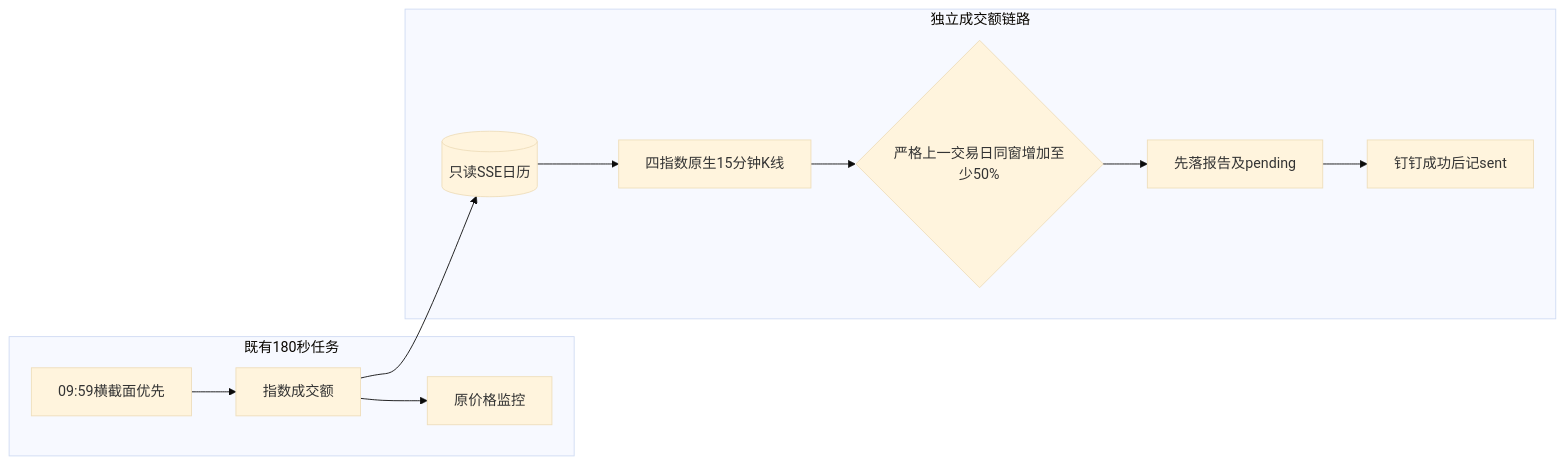
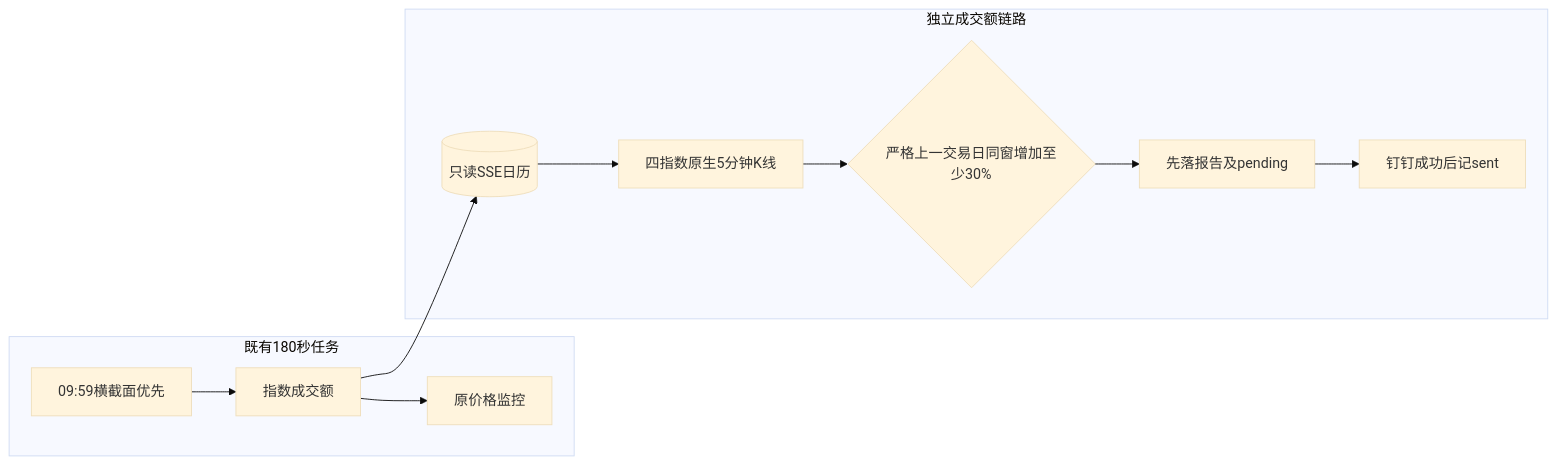
The diagram in docs/index-volume-monitor.md (alyx000/tradeSystem), drawn with Mermaid (base theme) before and after one commit. The commit also changed other lines of this file and 18 other files, not shown here.

````diff
--- a/docs/index-volume-monitor.md
+++ b/docs/index-volume-monitor.md
@@ -34,13 +36,13 @@
 ```mermaid
 flowchart LR
   subgraph existing[既有180秒任务]
     scan[09:59横截面优先] --> volume[指数成交额] --> price[原价格监控]
   end
   subgraph volume_flow[独立成交额链路]
-    calendar[(只读SSE日历)] --> bars[四指数原生15分钟K线]
-    bars --> compare{严格上一交易日同窗增加至少50%}
+    calendar[(只读SSE日历)] --> bars[四指数原生5分钟K线]
+    bars --> compare{严格上一交易日同窗增加至少30%}
     compare --> report[先落报告及pending]
     report --> ding[钉钉成功后记sent]
   end
   volume --> calendar
 ```
````
